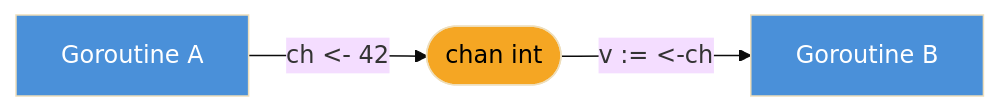
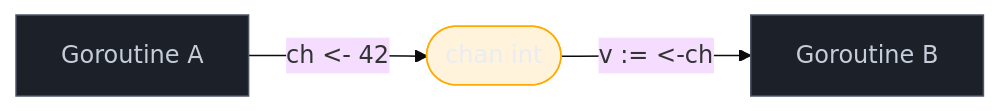
One commit to josenaldo/codex-technomanticus changed the first of 2 diagrams in 03-Dominios/Tecnologia/Go/08 - Channels e select/01 - Channels — o tubo entre goroutines.md. Above: the diagram before and after it, drawn with Mermaid (base theme). The commit also changed 1181 other files, not shown here.

First line of the commit message:
fix(diagramas): paleta do sistema no lugar de cor cravada no markdown

````diff
--- a/03-Dominios/Tecnologia/Go/08 - Channels e select/01 - Channels — o tubo entre goroutines.md
+++ b/03-Dominios/Tecnologia/Go/08 - Channels e select/01 - Channels — o tubo entre goroutines.md
@@ -64,9 +64,11 @@
 ```mermaid
 flowchart LR
+    classDef destaque fill:#FFAA0024,stroke:#FFAA00,color:#E9ECF2
+    classDef neutro fill:#1B2029,stroke:#4E5666,color:#C6CCD8
     G1["Goroutine A"] -->|"ch <- 42"| CH(["chan int"])
     CH -->|"v := <-ch"| G2["Goroutine B"]
 
-    style CH fill:#F5A623,color:#000
-    style G1 fill:#4A90D9,color:#fff
-    style G2 fill:#4A90D9,color:#fff
+    class CH destaque
+    class G1 neutro
+    class G2 neutro
 ```
````
